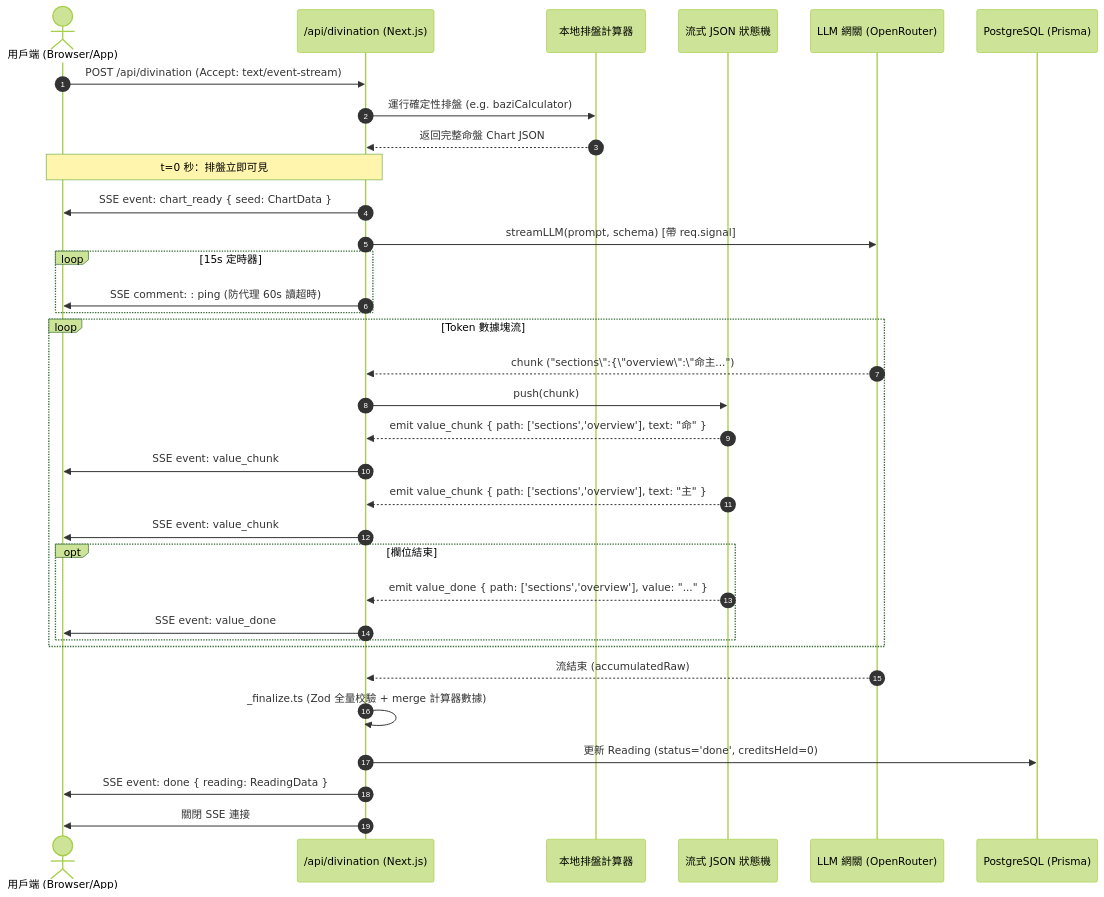
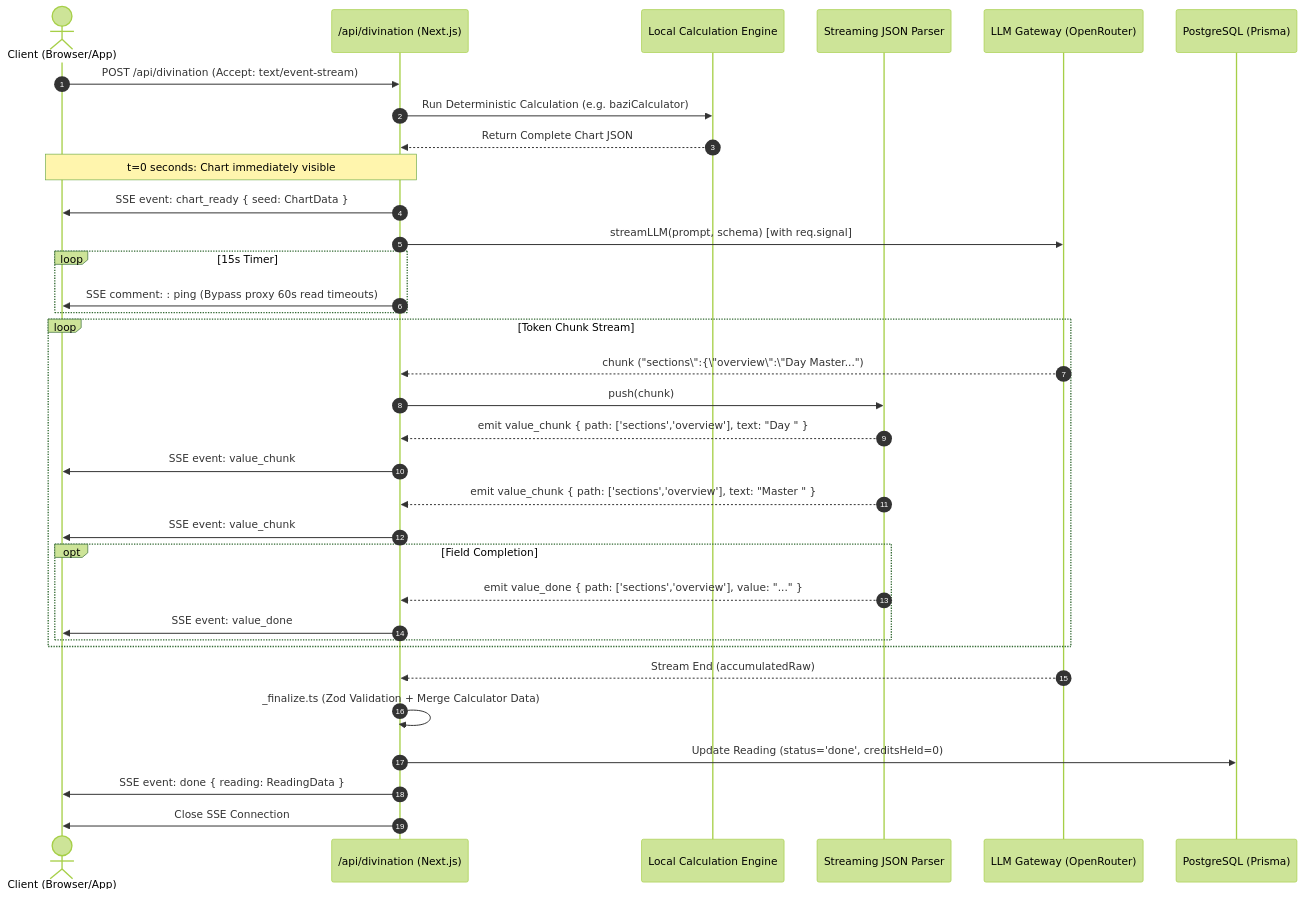
One commit to cocWorkshop/chinese-divination changed the first of 2 diagrams in docs/architecture/streaming-divination.md. Above: the diagram before and after it, drawn with Mermaid (forest theme). The commit also changed other lines of this file and 29 other files, not shown here.

````diff
--- a/docs/architecture/streaming-divination.md
+++ b/docs/architecture/streaming-divination.md
@@ -22,42 +22,42 @@
 ```mermaid
 sequenceDiagram
     autonumber
-    actor User as 用戶端 (Browser/App)
+    actor User as Client (Browser/App)
     participant Route as /api/divination (Next.js)
-    participant Calc as 本地排盤計算器
-    participant Parser as 流式 JSON 狀態機
-    participant LLM as LLM 網關 (OpenRouter)
+    participant Calc as Local Calculation Engine
+    participant Parser as Streaming JSON Parser
+    participant LLM as LLM Gateway (OpenRouter)
     participant DB as PostgreSQL (Prisma)
 
     User->>Route: POST /api/divination (Accept: text/event-stream)
-    Route->>Calc: 運行確定性排盤 (e.g. baziCalculator)
-    Calc-->>Route: 返回完整命盤 Chart JSON
+    Route->>Calc: Run Deterministic Calculation (e.g. baziCalculator)
+    Calc-->>Route: Return Complete Chart JSON
     
-    Note over Route,User: t=0 秒：排盤立即可見
+    Note over Route,User: t=0 seconds: Chart immediately visible
     Route->>User: SSE event: chart_ready { seed: ChartData }
     
-    Route->>LLM: streamLLM(prompt, schema) [帶 req.signal]
+    Route->>LLM: streamLLM(prompt, schema) [with req.signal]
     
-    loop 15s 定時器
-        Route->>User: SSE comment: : ping (防代理 60s 讀超時)
+    loop 15s Timer
+        Route->>User: SSE comment: : ping (Bypass proxy 60s read timeouts)
     end
     
-    loop Token 數據塊流
-        LLM-->>Route: chunk ("sections\":{\"overview\":\"命主...")
+    loop Token Chunk Stream
+        LLM-->>Route: chunk ("sections\":{\"overview\":\"Day Master...")
         Route->>Parser: push(chunk)
-        Parser-->>Route: emit value_chunk { path: ['sections','overview'], text: "命" }
+        Parser-->>Route: emit value_chunk { path: ['sections','overview'], text: "Day " }
         Route->>User: SSE event: value_chunk
-        Parser-->>Route: emit value_chunk { path: ['sections','overview'], text: "主" }
+        Parser-->>Route: emit value_chunk { path: ['sections','overview'], text: "Master " }
         Route->>User: SSE event: value_chunk
-        opt 欄位結束
+        opt Field Completion
             Parser-->>Route: emit value_done { path: ['sections','overview'], value: "..." }
             Route->>User: SSE event: value_done
         end
     end
     
-    LLM-->>Route: 流結束 (accumulatedRaw)
-    Route->>Route: _finalize.ts (Zod 全量校驗 + merge 計算器數據)
-    Route->>DB: 更新 Reading (status='done', creditsHeld=0)
+    LLM-->>Route: Stream End (accumulatedRaw)
+    Route->>Route: _finalize.ts (Zod Validation + Merge Calculator Data)
+    Route->>DB: Update Reading (status='done', creditsHeld=0)
     Route->>User: SSE event: done { reading: ReadingData }
-    Route->>User: 關閉 SSE 連接
+    Route->>User: Close SSE Connection
 ```
````
